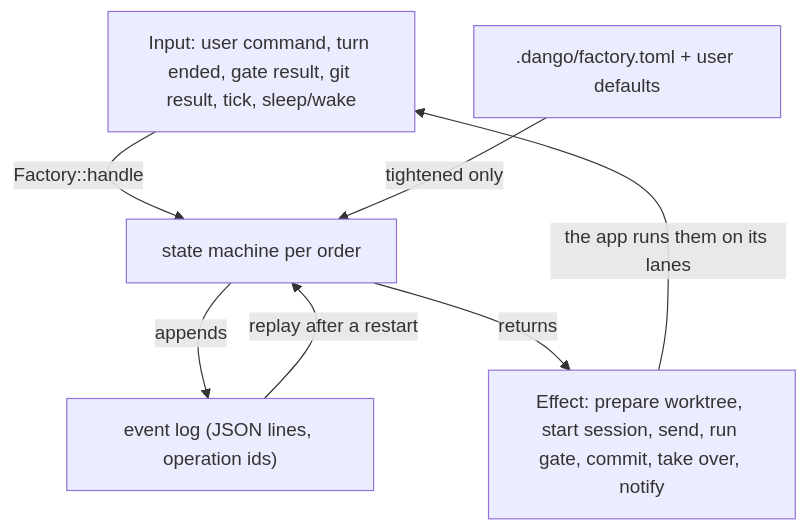
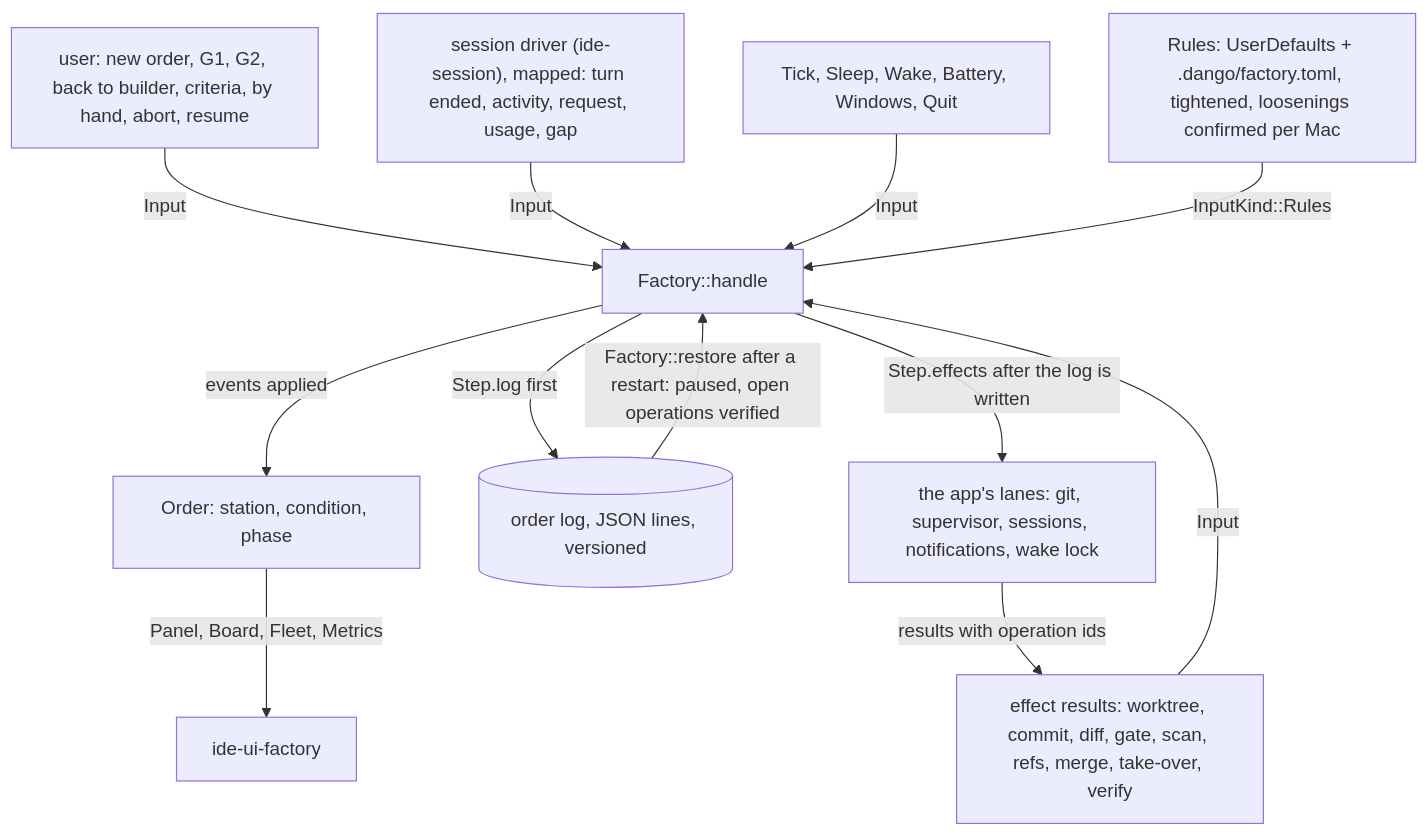
One commit to sventmueller/dango changed the diagram in crates/ide-factory/README.md. Above: the diagram before and after it, drawn with Mermaid. The commit also changed other lines of this file and 36 other files, not shown here.

````diff
--- a/crates/ide-factory/README.md
+++ b/crates/ide-factory/README.md
@@ -7,9 +8,14 @@
 ```mermaid
 flowchart TB
-    input["Input: user command, turn ended, gate result, git result, tick, sleep/wake"] -->|"Factory::handle"| machine["state machine per order"]
-    machine -->|"appends"| log["event log (JSON lines, operation ids)"]
-    machine -->|"returns"| effects["Effect: prepare worktree, start session, send, run gate, commit, take over, notify"]
-    effects -->|"the app runs them on its lanes"| input
-    workflow[".dango/factory.toml + user defaults"] -->|"tightened only"| machine
-    log -->|"replay after a restart"| machine
+    user["user: new order, G1, G2, back to builder, criteria, by hand, abort, resume"] -->|"Input"| handle
+    session["session driver (ide-session), mapped: turn ended, activity, request, usage, gap"] -->|"Input"| handle
+    results["effect results: worktree, commit, diff, gate, scan, refs, merge, take-over, verify"] -->|"Input"| handle
+    clock["Tick, Sleep, Wake, Battery, Windows, Quit"] -->|"Input"| handle
+    rules["Rules: UserDefaults + .dango/factory.toml, tightened, loosenings confirmed per Mac"] -->|"InputKind::Rules"| handle
+    handle["Factory::handle"] -->|"events applied"| order["Order: station, condition, phase"]
+    handle -->|"Step.log first"| log[("order log, JSON lines, versioned")]
+    handle -->|"Step.effects after the log is written"| app["the app's lanes: git, supervisor, sessions, notifications, wake lock"]
+    app -->|"results with operation ids"| results
+    log -->|"Factory::restore after a restart: paused, open operations verified"| handle
+    order -->|"Panel, Board, Fleet, Metrics"| views["ide-ui-factory"]
 ```
````
